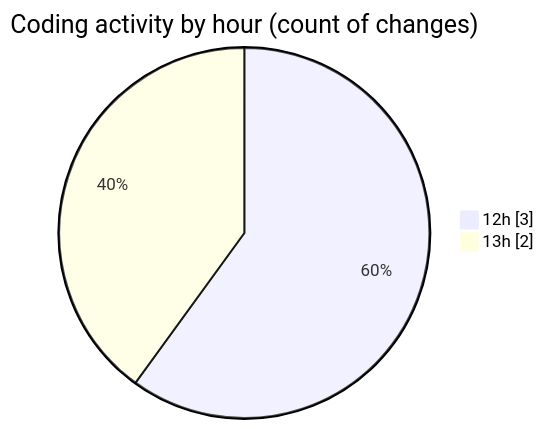
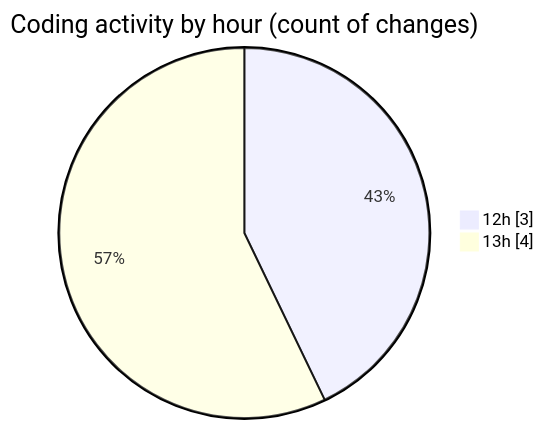
The second of 2 diagrams in 2025-07-16/web/README.md (LanceThiago/code-tracking), drawn with Mermaid before and after one commit. The commit also changed other lines of this file and 1 other file, not shown here.

````diff
--- a/2025-07-16/web/README.md
+++ b/2025-07-16/web/README.md
@@ -29,6 +29,6 @@
 ```mermaid
 pie showData
 title Coding activity by hour (count of changes)
 "12h" : 3
-"13h" : 2
+"13h" : 4
 ```
````
